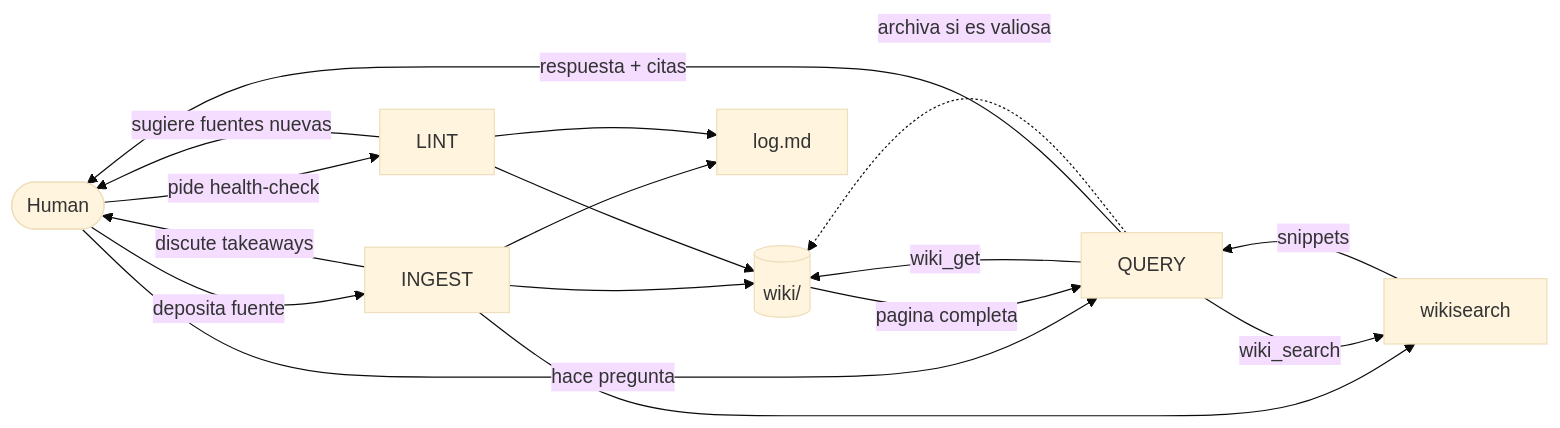
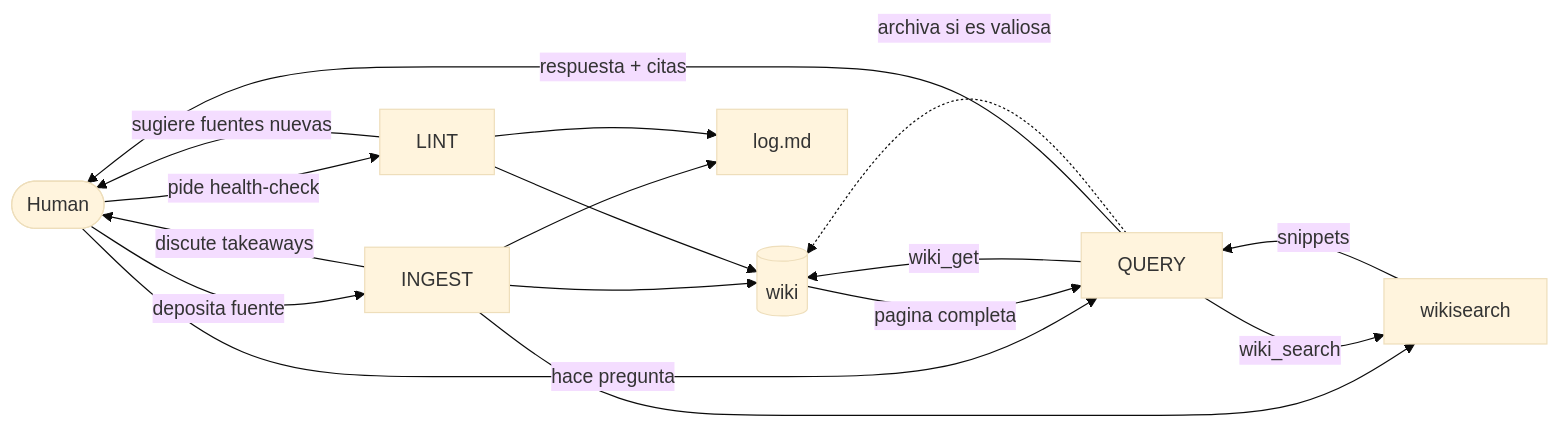
Before and after one commit to devsart95/LlmBrain-AK: the diagram in README.md, drawn with Mermaid (base theme).

Commit message:
fix(readme): corregir sintaxis Mermaid — slash en nodo cilindrico rompia render en GitHub

````diff
--- a/README.md
+++ b/README.md
@@ -53,26 +53,26 @@
 ```mermaid
 flowchart LR
     H([Human])
-    W[(wiki/)]
+    W[(wiki)]
     WS[wikisearch]
     LOG[log.md]
 
     H -->|deposita fuente| IG[INGEST]
     IG -->|discute takeaways| H
     IG --> W
     IG --> WS
     IG --> LOG
 
     H -->|hace pregunta| Q[QUERY]
     Q -->|wiki_search| WS
     WS -->|snippets| Q
     Q -->|wiki_get| W
     W -->|pagina completa| Q
     Q -->|respuesta + citas| H
     Q -.->|archiva si es valiosa| W
 
     H -->|pide health-check| L[LINT]
     L --> W
     L --> LOG
     L -->|sugiere fuentes nuevas| H
 ```
````
